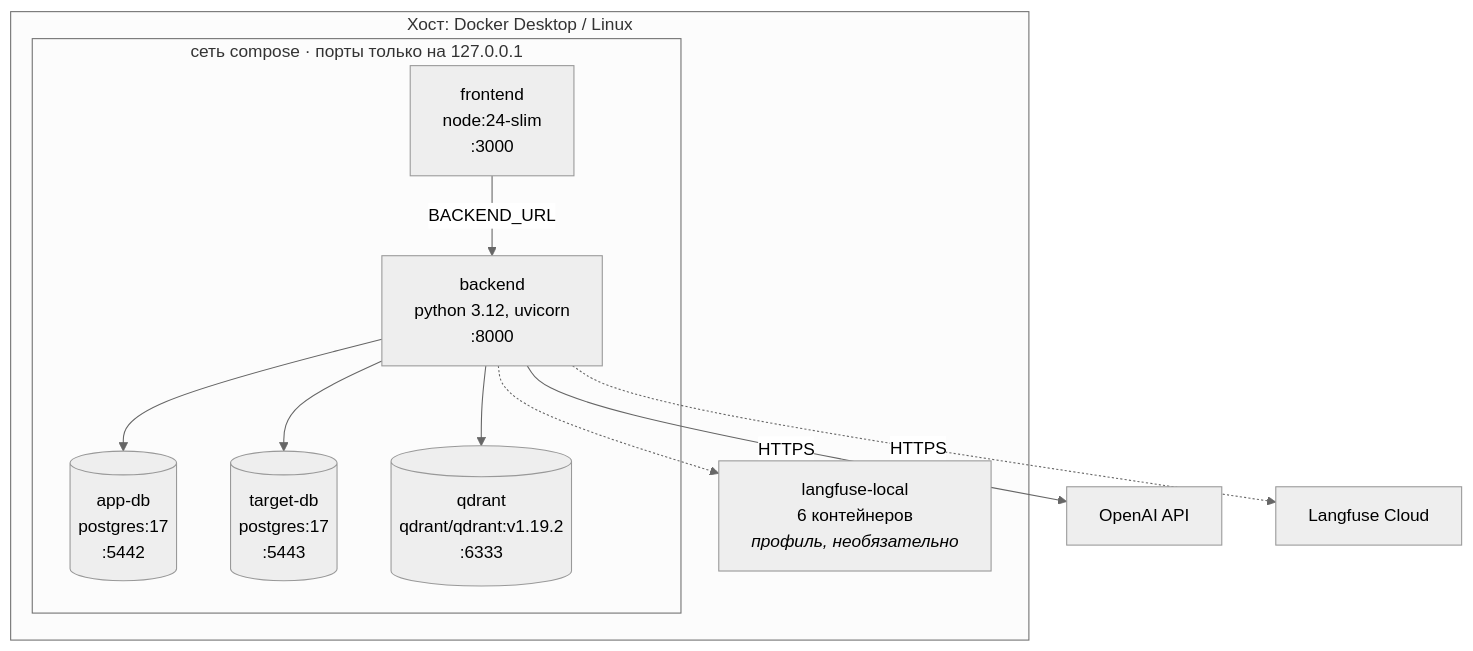
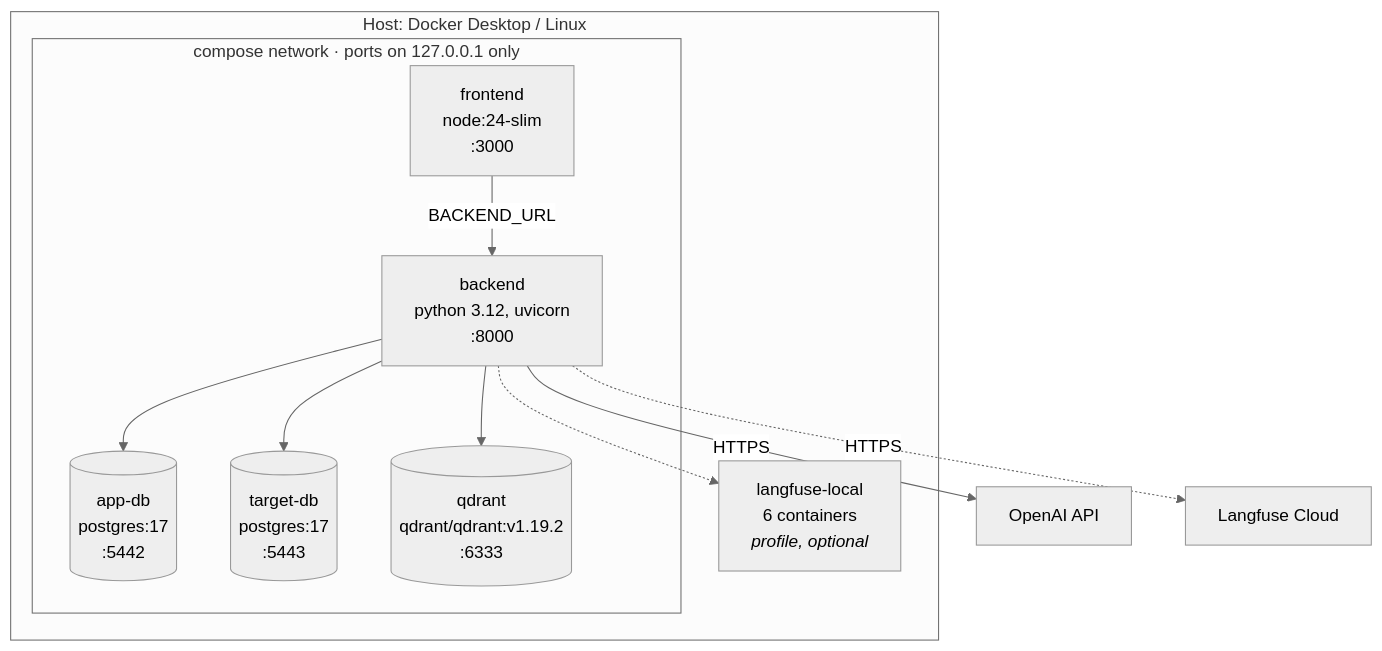
Before and after one commit to Abegerov4/Suhbat2DB: the diagram in docs/diagrams/deployment.mmd, drawn with Mermaid (neutral theme). The commit also changed 41 other files, not shown here.

First line of the commit message:
DIP-40: Translate documentation and diagrams into English

```diff
--- a/docs/diagrams/deployment.mmd
+++ b/docs/diagrams/deployment.mmd
@@ -1,22 +1,22 @@
-%% Диаграмма развёртывания (docker compose, make up)
+%% Deployment diagram (docker compose, make up)
 flowchart TB
-    subgraph host["Хост: Docker Desktop / Linux"]
-        subgraph net["сеть compose · порты только на 127.0.0.1"]
+    subgraph host["Host: Docker Desktop / Linux"]
+        subgraph net["compose network · ports on 127.0.0.1 only"]
             fe["frontend<br/>node:24-slim<br/>:3000"]
             be["backend<br/>python 3.12, uvicorn<br/>:8000"]
             appdb[("app-db<br/>postgres:17<br/>:5442")]
             tdb[("target-db<br/>postgres:17<br/>:5443")]
             qd[("qdrant<br/>qdrant/qdrant:v1.19.2<br/>:6333")]
         end
-        lfl["langfuse-local<br/>6 контейнеров<br/><i>профиль, необязательно</i>"]
+        lfl["langfuse-local<br/>6 containers<br/><i>profile, optional</i>"]
     end
     openai["OpenAI API"]
     lf["Langfuse Cloud"]
 
     fe -->|"BACKEND_URL"| be
     be --> appdb
     be --> tdb
     be --> qd
     be -->|HTTPS| openai
     be -.->|HTTPS| lf
     be -.-> lfl
```
